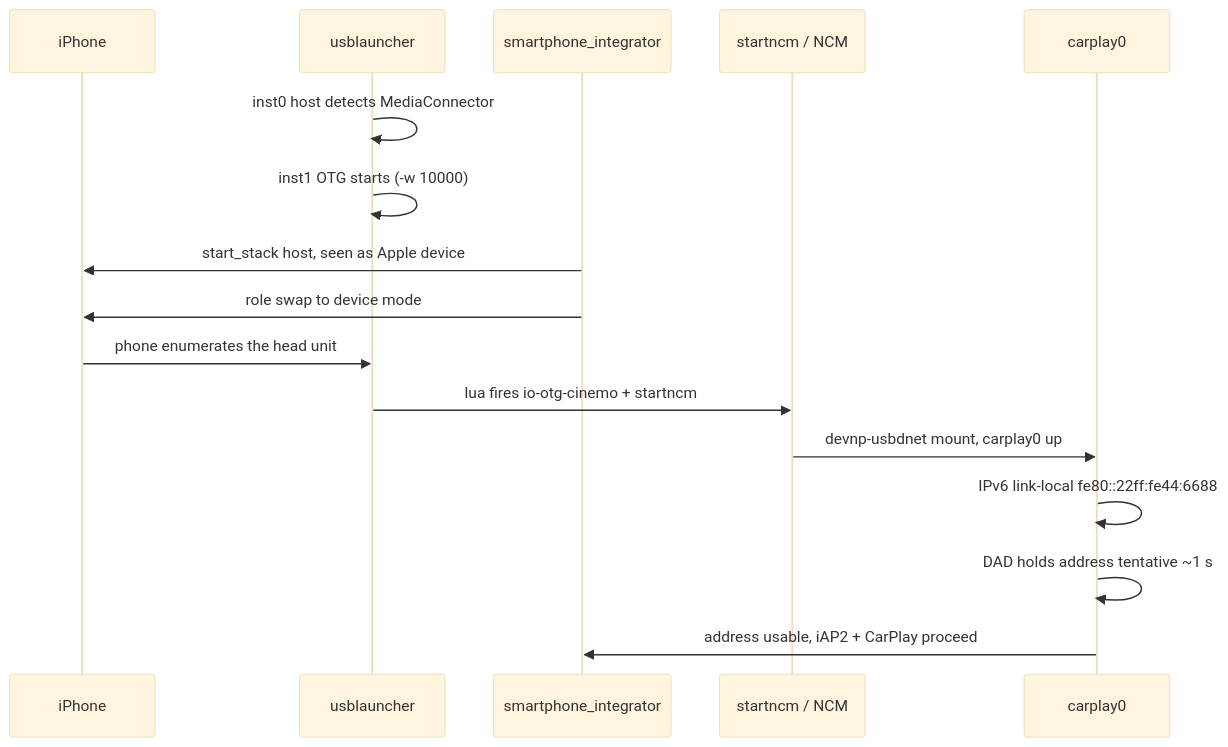
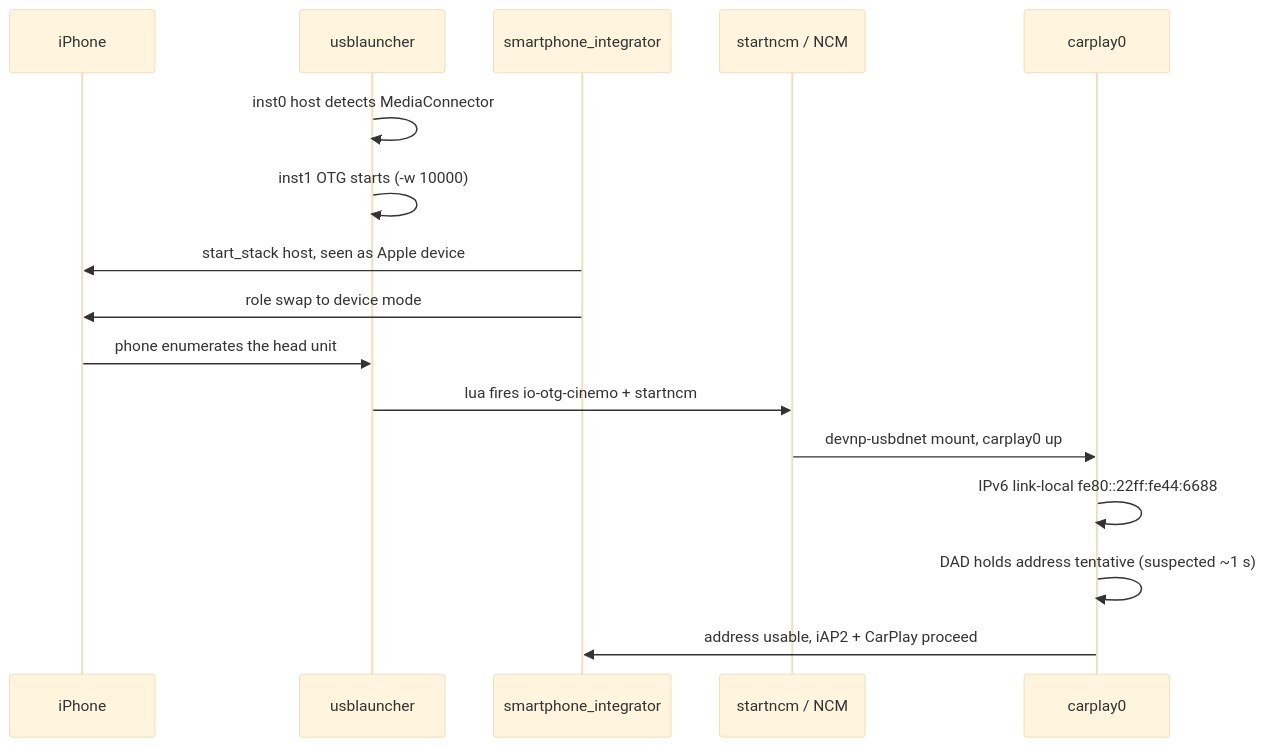
The diagram in docs-obsidian/Connect and USB/USB and NCM Connect.md (luka-dev/mib2q-carplay-rgi), drawn with Mermaid (base theme) before and after one commit. The commit also changed other lines of this file and 43 other files, not shown here.

````diff
--- a/docs-obsidian/Connect and USB/USB and NCM Connect.md
+++ b/docs-obsidian/Connect and USB/USB and NCM Connect.md
@@ -11,20 +13,20 @@
 ```mermaid
 sequenceDiagram
   accTitle: Stock MHI2Q connect sequence
-  accDescr: Two usblauncher instances, the SI-driven role swap over PPS, phone re-enumeration, NCM mount, carplay0 up, then the IPv6 DAD delay before addressing completes.
+  accDescr: Two usblauncher instances, the SI-driven role swap, phone re-enumeration, NCM mount, carplay0 up, then the suspected IPv6 DAD delay before addressing completes.
   participant P as iPhone
   participant L as usblauncher
   participant S as smartphone_integrator
   participant N as startncm / NCM
   participant C as carplay0
   L->>L: inst0 host detects MediaConnector
   L->>L: inst1 OTG starts (-w 10000)
   S->>P: start_stack host, seen as Apple device
   S->>P: role swap to device mode
   P->>L: phone enumerates the head unit
   L->>N: lua fires io-otg-cinemo + startncm
   N->>C: devnp-usbdnet mount, carplay0 up
   C->>C: IPv6 link-local fe80::22ff:fe44:6688
-  C->>C: DAD holds address tentative ~1 s
+  C->>C: DAD holds address tentative (suspected ~1 s)
   C->>S: address usable, iAP2 + CarPlay proceed
 ```
````
